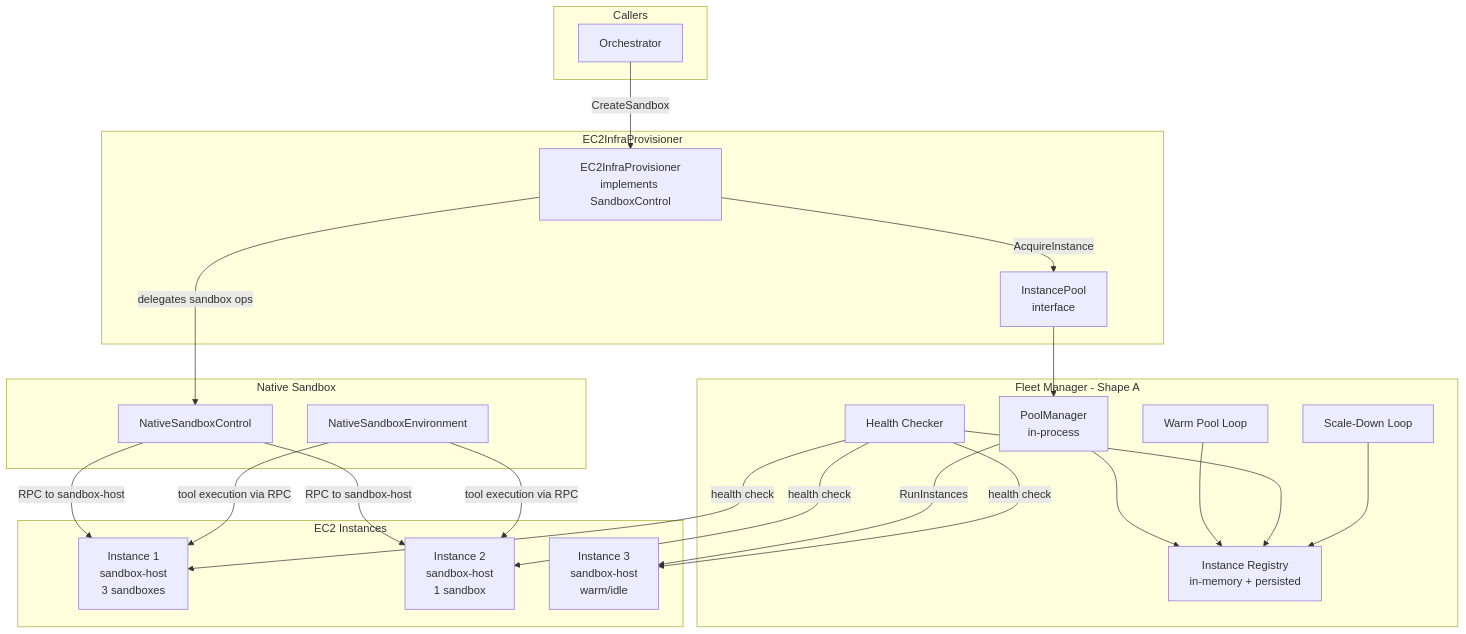
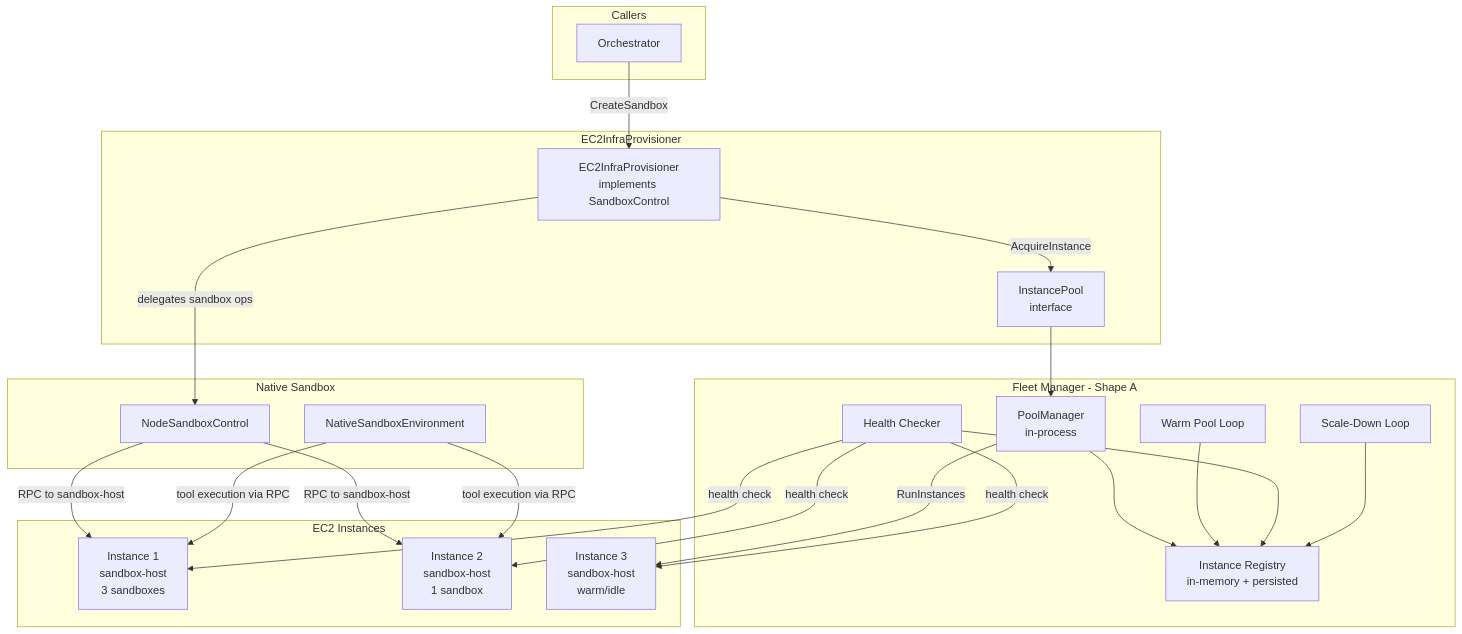
The first of 2 diagrams in docs/shaping/ec2-fleet-management.md (dcosson/flex-agent-runtime), drawn with Mermaid before and after one commit. The commit also changed other lines of this file and 12 other files, not shown here.

First line of the commit message:
Rename NativeSandboxControl to NodeSandboxControl

````diff
--- a/docs/shaping/ec2-fleet-management.md
+++ b/docs/shaping/ec2-fleet-management.md
@@ -411,49 +411,49 @@
 ```mermaid
 graph TD
     subgraph "Callers"
         ORC[Orchestrator]
     end
 
     subgraph "EC2InfraProvisioner"
         EIP[EC2InfraProvisioner<br/>implements SandboxControl]
         IP[InstancePool<br/>interface]
     end
 
     subgraph "Fleet Manager - Shape A"
         PM[PoolManager<br/>in-process]
         WP[Warm Pool Loop]
         HC[Health Checker]
         SD[Scale-Down Loop]
         REG[Instance Registry<br/>in-memory + persisted]
     end
 
     subgraph "EC2 Instances"
         I1[Instance 1<br/>sandbox-host<br/>3 sandboxes]
         I2[Instance 2<br/>sandbox-host<br/>1 sandbox]
         I3[Instance 3<br/>sandbox-host<br/>warm/idle]
     end
 
     subgraph "Native Sandbox"
-        NSC[NativeSandboxControl]
+        NSC[NodeSandboxControl]
         NSE[NativeSandboxEnvironment]
     end
 
     ORC -->|CreateSandbox| EIP
     EIP -->|AcquireInstance| IP
     IP --> PM
     PM --> REG
     WP --> REG
     HC --> REG
     SD --> REG
 
     PM -->|RunInstances| I3
     HC -->|health check| I1
     HC -->|health check| I2
     HC -->|health check| I3
 
     EIP -->|delegates sandbox ops| NSC
     NSC -->|RPC to sandbox-host| I1
     NSC -->|RPC to sandbox-host| I2
     NSE -->|tool execution via RPC| I1
     NSE -->|tool execution via RPC| I2
 ```
````
